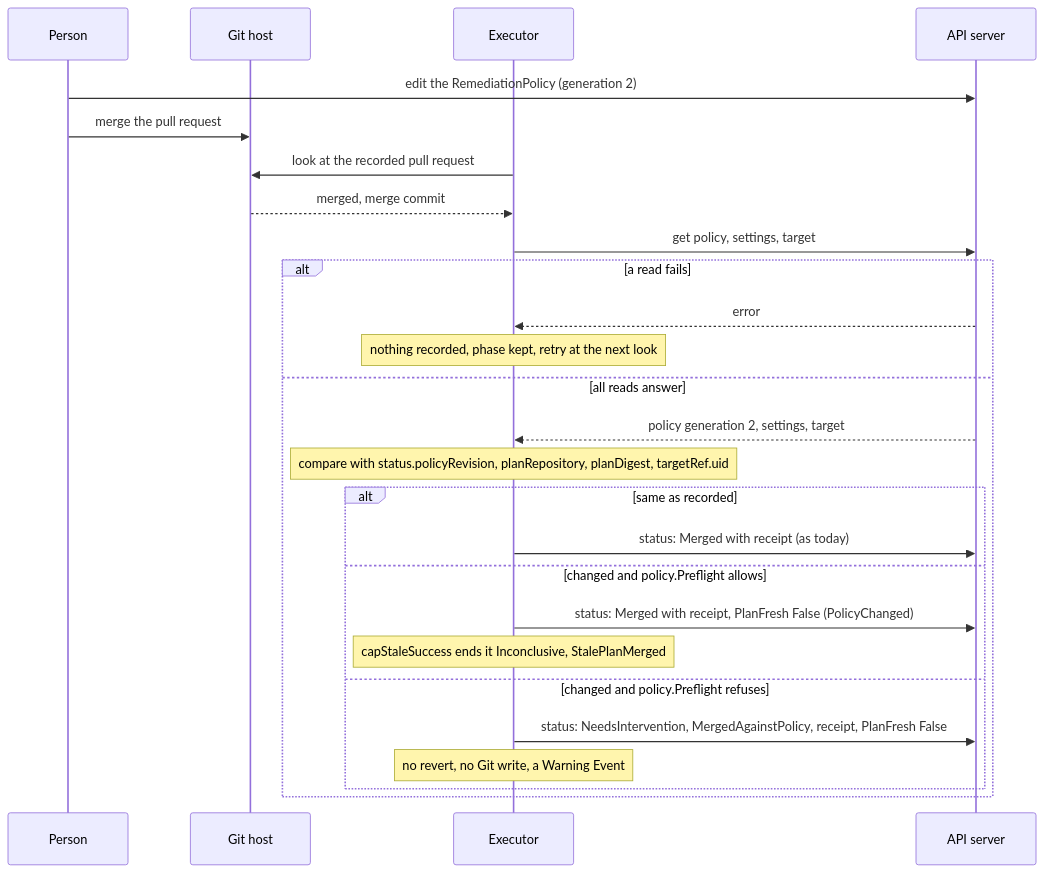
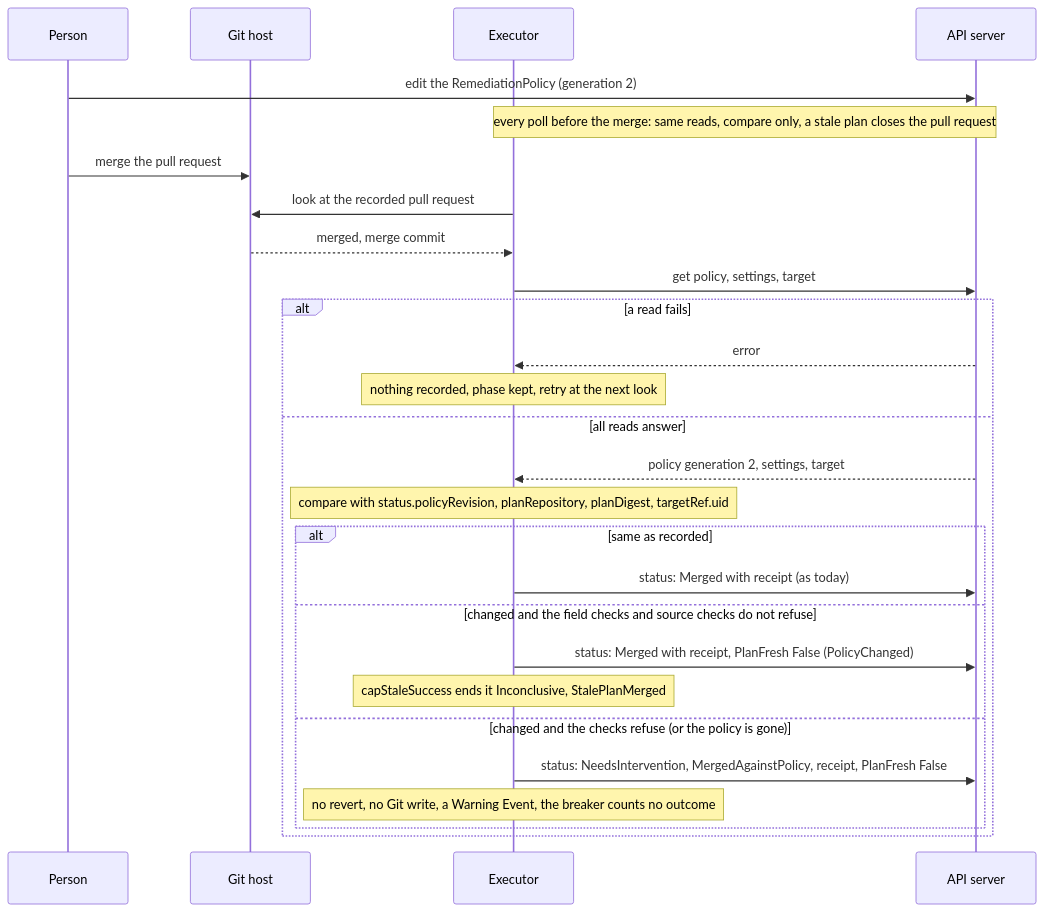
Before and after one commit to pkalin/shadewright: the diagram in docs/adr/0041-a-freshness-check-at-the-merge-of-a-pull-request.md, drawn with Mermaid. The commit also changed other lines of this file and 1 other file, not shown here.

First line of the commit message:
docs: run the ADR-0041 check on recorded source, at every poll, with a table of ends

````diff
--- a/docs/adr/0041-a-freshness-check-at-the-merge-of-a-pull-request.md
+++ b/docs/adr/0041-a-freshness-check-at-the-merge-of-a-pull-request.md
@@ -80,28 +104,29 @@
 ```mermaid
 sequenceDiagram
     participant P as Person
     participant G as Git host
     participant E as Executor
     participant A as API server
     P->>A: edit the RemediationPolicy (generation 2)
+    Note over E,A: every poll before the merge: same reads, compare only, a stale plan closes the pull request
     P->>G: merge the pull request
     E->>G: look at the recorded pull request
     G-->>E: merged, merge commit
     E->>A: get policy, settings, target
     alt a read fails
         A-->>E: error
         Note over E: nothing recorded, phase kept, retry at the next look
     else all reads answer
         A-->>E: policy generation 2, settings, target
         Note over E: compare with status.policyRevision, planRepository, planDigest, targetRef.uid
         alt same as recorded
             E->>A: status: Merged with receipt (as today)
-        else changed and policy.Preflight allows
+        else changed and the field checks and source checks do not refuse
             E->>A: status: Merged with receipt, PlanFresh False (PolicyChanged)
             Note over E: capStaleSuccess ends it Inconclusive, StalePlanMerged
-        else changed and policy.Preflight refuses
+        else changed and the checks refuse (or the policy is gone)
             E->>A: status: NeedsIntervention, MergedAgainstPolicy, receipt, PlanFresh False
-            Note over E: no revert, no Git write, a Warning Event
+            Note over E: no revert, no Git write, a Warning Event, the breaker counts no outcome
         end
     end
 ```
````
